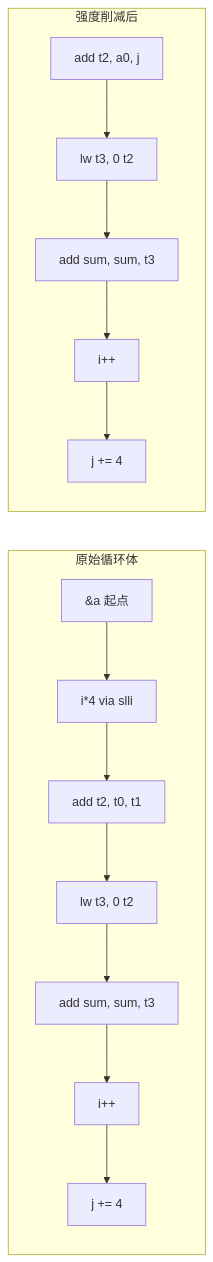
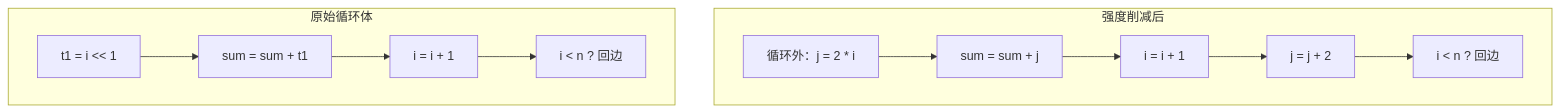
The diagram in docs/optim/asm-strength-reduction.md (lightsmilew/compiler-principles), drawn with Mermaid before and after one commit. The commit also changed other lines of this file and 36 other files, not shown here.

````diff
--- a/docs/optim/asm-strength-reduction.md
+++ b/docs/optim/asm-strength-reduction.md
@@ -90,17 +57,15 @@
 ```mermaid
-flowchart LR
+%% Mermaid 会把并列子图从右向左摆放，所以先写"强度削减后"，渲染出来才是左"原始"、右"削减后"。
+flowchart TB
+  subgraph 强度削减后
+    B1["循环外：j = 2 * i"] --> B2["sum = sum + j"]
+    B2 --> B3["i = i + 1"]
+    B3 --> B4["j = j + 2"]
+    B4 --> B5["i < n ? 回边"]
+  end
   subgraph 原始循环体
-    A1[&a 起点] --> A2[i*4 via slli]
-    A2 --> A3[add t2, t0, t1]
-    A3 --> A4[lw t3, 0 t2]
-    A4 --> A5[add sum, sum, t3]
-    A5 --> A6[i++]
-    A6 --> A7[j += 4]
-  end
-  subgraph 强度削减后
-    B1[add t2, a0, j] --> B2[lw t3, 0 t2]
-    B2 --> B3[add sum, sum, t3]
-    B3 --> B4[i++]
-    B4 --> B5[j += 4]
+    A1["t1 = i << 1"] --> A2["sum = sum + t1"]
+    A2 --> A3["i = i + 1"]
+    A3 --> A4["i < n ? 回边"]
   end
 ```
````
